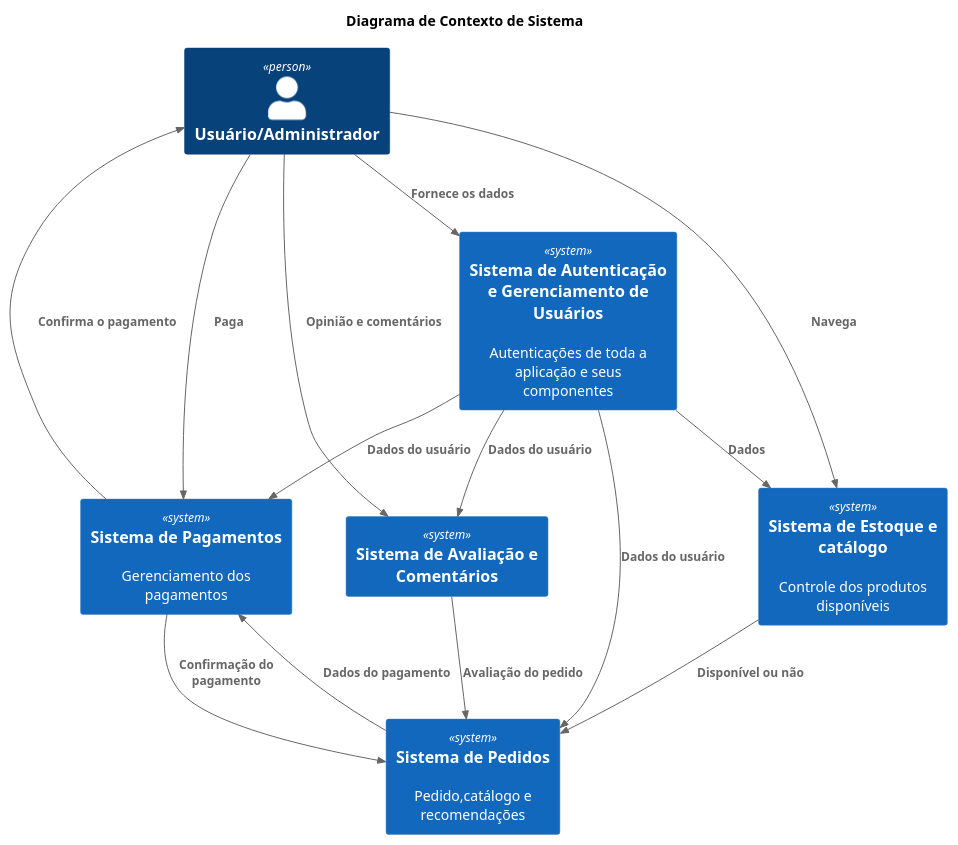
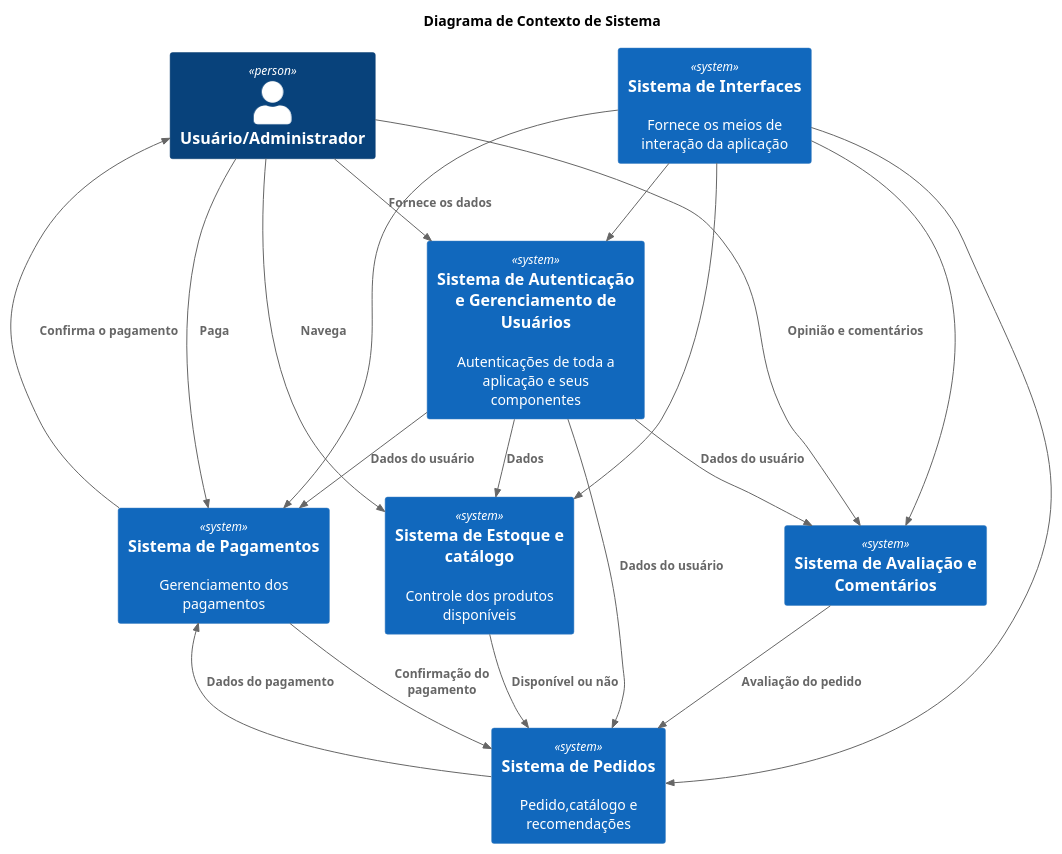
The diagram in Diagrama_Contexto_Systema.plantuml (GustavoST868/C4_Plantuml), drawn with PlantUML before and after one commit.

```diff
--- a/Diagrama_Contexto_Systema.plantuml
+++ b/Diagrama_Contexto_Systema.plantuml
@@ -1,33 +1,41 @@
 @startuml C4_Elements
 !include https://raw.githubusercontent.com/plantuml-stdlib/C4-PlantUML/master/C4_Container.puml
 
 title Diagrama de Contexto de Sistema
 
 Person(usuario_administrador,"Usuário/Administrador","")
 
 System(autenticacao_gerenciamento, "Sistema de Autenticação e Gerenciamento de Usuários", "Autenticações de toda a aplicação e seus componentes", "")
 System(pagamentos, "Sistema de Pagamentos", "Gerenciamento dos pagamentos", "")
 System(estoque, "Sistema de Estoque e catálogo", "Controle dos produtos disponíveis", "")
 System(pedidos, "Sistema de Pedidos", "Pedido,catálogo e recomendações", "")
 System(avaliacao_comentarios, "Sistema de Avaliação e Comentários", "", "")
+System(interfaces, "Sistema de Interfaces", "Fornece os meios de interação da aplicação", "")
 
 
 Rel(autenticacao_gerenciamento,pedidos,"Dados do usuário","")
 Rel(autenticacao_gerenciamento,pagamentos,"Dados do usuário","")
 Rel(autenticacao_gerenciamento,avaliacao_comentarios,"Dados do usuário","")
 Rel(autenticacao_gerenciamento,estoque,"Dados","")
 Rel(avaliacao_comentarios,pedidos,"Avaliação do pedido","")
 
 Rel(usuario_administrador,estoque,"Navega")
 Rel(usuario_administrador,pagamentos,"Paga","")
 Rel(pagamentos,usuario_administrador,"Confirma o pagamento","")
 Rel(usuario_administrador,autenticacao_gerenciamento,"Fornece os dados","")
 Rel(usuario_administrador,avaliacao_comentarios,"Opinião e comentários","")
 
 
 Rel(pedidos,pagamentos,"Dados do pagamento","")
 Rel(pagamentos,pedidos,"Confirmação do pagamento","")
 
 Rel(estoque,pedidos,"Disponível ou não","")
 
+Rel(interfaces,autenticacao_gerenciamento,"","")
+Rel(interfaces,pagamentos,"","")
+Rel(interfaces,estoque,"","")
+Rel(interfaces,pedidos,"","")
+Rel(interfaces,avaliacao_comentarios,"","")
+
+
 @enduml
```
